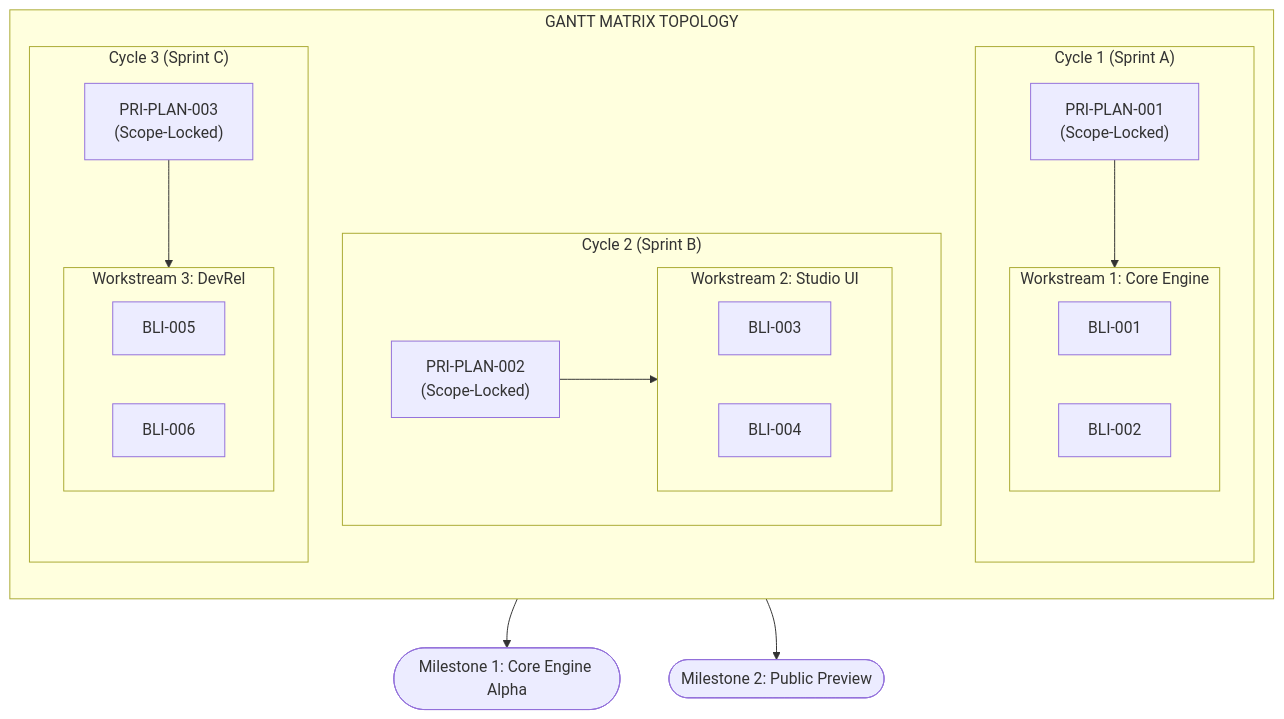
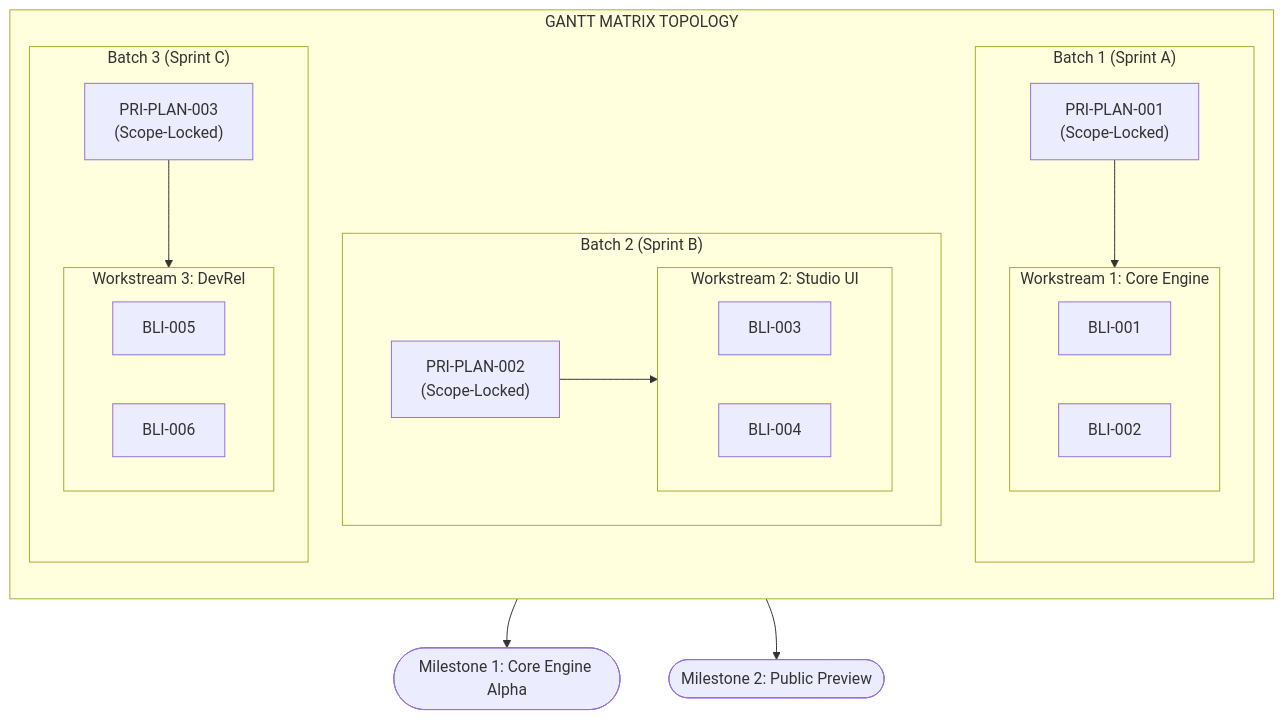
One commit to zqk-os/zqk changed the second of 3 diagrams in docs/guides/KERNEL_OBJECT_ADMINISTRATION.md. Above: the diagram before and after it, drawn with Mermaid. The commit also changed 25 other files, not shown here.

````diff
--- a/docs/guides/KERNEL_OBJECT_ADMINISTRATION.md
+++ b/docs/guides/KERNEL_OBJECT_ADMINISTRATION.md
@@ -72,35 +72,35 @@
 ```mermaid
 flowchart TD
     subgraph Matrix["GANTT MATRIX TOPOLOGY"]
         direction TB
-        subgraph Col1["Cycle 1 (Sprint A)"]
+        subgraph Col1["Batch 1 (Sprint A)"]
             P1["PRI-PLAN-001<br/>(Scope-Locked)"]
             subgraph WS1["Workstream 1: Core Engine"]
                 B1["BLI-001"]
                 B2["BLI-002"]
             end
             P1 --> WS1
         end
 
-        subgraph Col2["Cycle 2 (Sprint B)"]
+        subgraph Col2["Batch 2 (Sprint B)"]
             P2["PRI-PLAN-002<br/>(Scope-Locked)"]
             subgraph WS2["Workstream 2: Studio UI"]
                 B3["BLI-003"]
                 B4["BLI-004"]
             end
             P2 --> WS2
         end
 
-        subgraph Col3["Cycle 3 (Sprint C)"]
+        subgraph Col3["Batch 3 (Sprint C)"]
             P3["PRI-PLAN-003<br/>(Scope-Locked)"]
             subgraph WS3["Workstream 3: DevRel"]
                 B5["BLI-005"]
                 B6["BLI-006"]
             end
             P3 --> WS3
         end
     end
 
     WS1 --> M1(["Milestone 1: Core Engine Alpha"])
     WS3 --> M2(["Milestone 2: Public Preview"])
 ```
````
